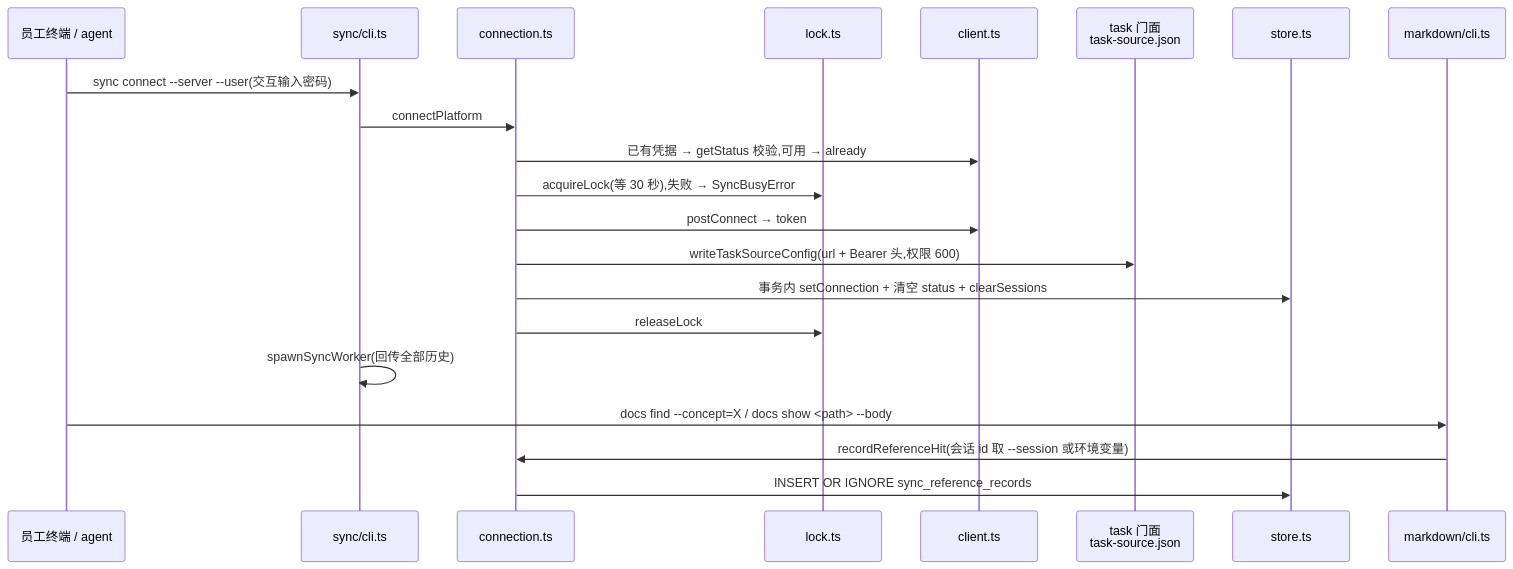
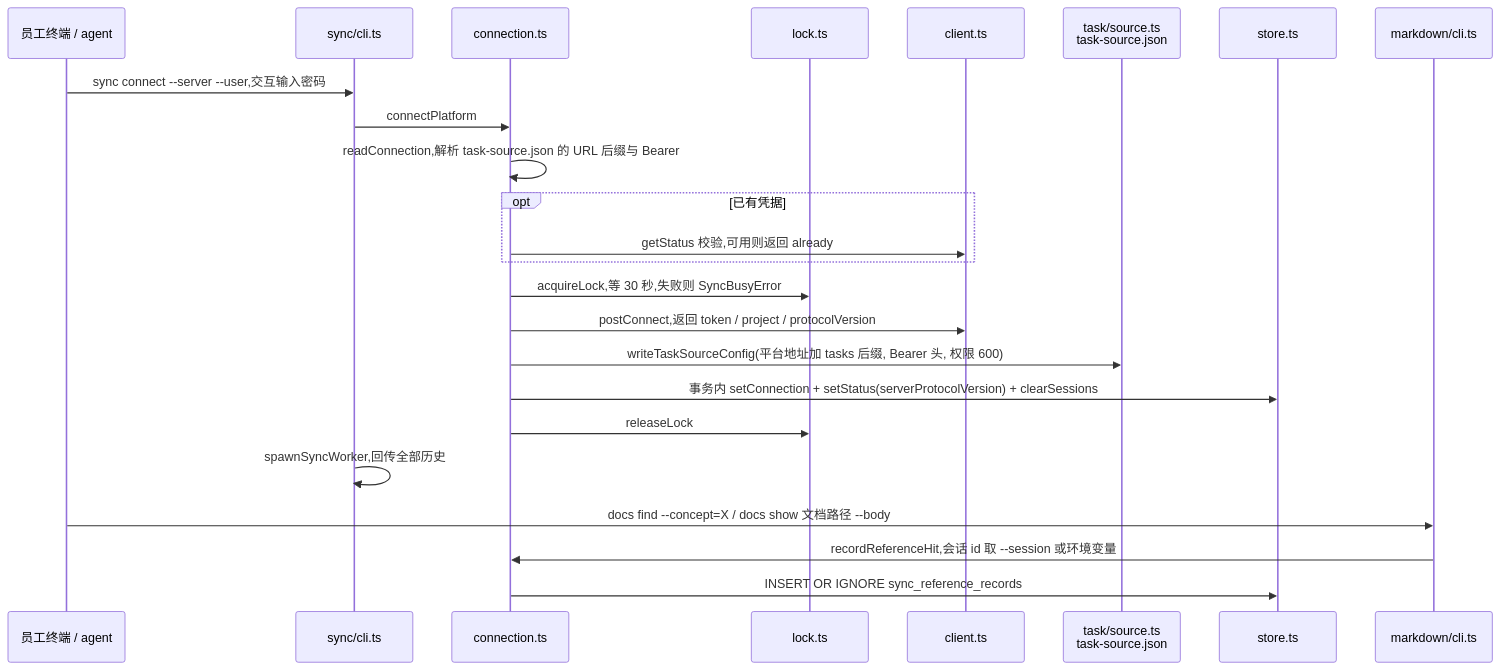
The fourth of 5 diagrams in docs/code-map/flows/平台上报.md (smdnkB/cgraphx), drawn with Mermaid before and after one commit. The commit also changed other lines of this file and 8 other files, not shown here.

First line of the commit message:
docs: 更新任务知识库与代码地图——任务自动关联落地后的现状

````diff
--- a/docs/code-map/flows/平台上报.md
+++ b/docs/code-map/flows/平台上报.md
@@ -147,24 +181,27 @@
 ```mermaid
 sequenceDiagram
   participant U as 员工终端 / agent
   participant CLI as sync/cli.ts
   participant CN as connection.ts
   participant LK as lock.ts
   participant CL as client.ts
-  participant TS as task 门面<br/>task-source.json
+  participant TS as task/source.ts<br/>task-source.json
   participant ST as store.ts
   participant MD as markdown/cli.ts
 
-  U->>CLI: sync connect --server --user(交互输入密码)
+  U->>CLI: sync connect --server --user,交互输入密码
   CLI->>CN: connectPlatform
-  CN->>CL: 已有凭据 → getStatus 校验,可用 → already
-  CN->>LK: acquireLock(等 30 秒),失败 → SyncBusyError
-  CN->>CL: postConnect → token
-  CN->>TS: writeTaskSourceConfig(url + Bearer 头,权限 600)
-  CN->>ST: 事务内 setConnection + 清空 status + clearSessions
+  CN->>CN: readConnection,解析 task-source.json 的 URL 后缀与 Bearer
+  opt 已有凭据
+    CN->>CL: getStatus 校验,可用则返回 already
+  end
+  CN->>LK: acquireLock,等 30 秒,失败则 SyncBusyError
+  CN->>CL: postConnect,返回 token / project / protocolVersion
+  CN->>TS: writeTaskSourceConfig(平台地址加 tasks 后缀, Bearer 头, 权限 600)
+  CN->>ST: 事务内 setConnection + setStatus(serverProtocolVersion) + clearSessions
   CN->>LK: releaseLock
-  CLI->>CLI: spawnSyncWorker(回传全部历史)
-  U->>MD: docs find --concept=X / docs show <path> --body
-  MD->>CN: recordReferenceHit(会话 id 取 --session 或环境变量)
+  CLI->>CLI: spawnSyncWorker,回传全部历史
+  U->>MD: docs find --concept=X / docs show 文档路径 --body
+  MD->>CN: recordReferenceHit,会话 id 取 --session 或环境变量
   CN->>ST: INSERT OR IGNORE sync_reference_records
 ```
````
